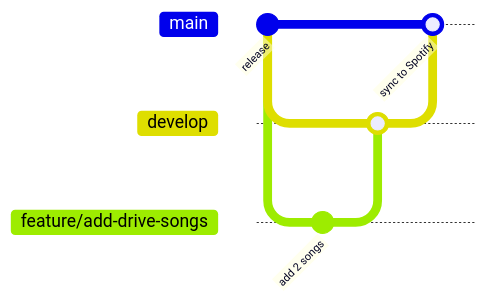
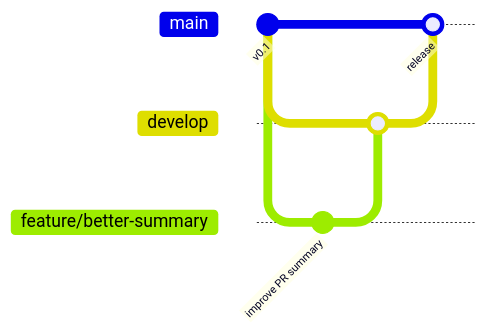
Before and after one commit to keito118/spotify-playlist-as-code: the diagram in CONTRIBUTING.md, drawn with Mermaid. The commit also changed other lines of this file and 5 other files, not shown here.

````diff
--- a/CONTRIBUTING.md
+++ b/CONTRIBUTING.md
@@ -7,13 +9,13 @@
 ```mermaid
 gitGraph
-  commit id: "release"
+  commit id: "v0.1"
   branch develop
   checkout develop
-  branch feature/add-drive-songs
-  checkout feature/add-drive-songs
-  commit id: "add 2 songs"
+  branch feature/better-summary
+  checkout feature/better-summary
+  commit id: "improve PR summary"
   checkout develop
-  merge feature/add-drive-songs
+  merge feature/better-summary
   checkout main
-  merge develop id: "sync to Spotify"
+  merge develop id: "release"
 ```
````
